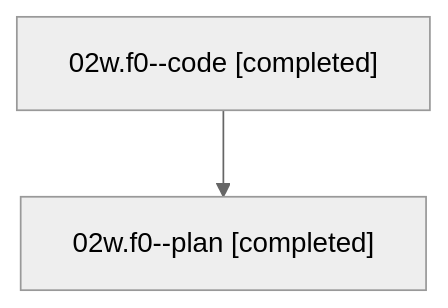
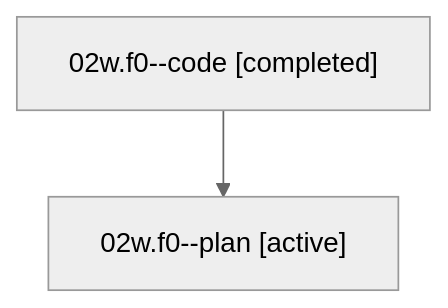
The diagram in families/bbugyi200.athena.02w.f0.md (sase-org/sase--agents), drawn with Mermaid (neutral theme) before and after one commit. The commit also changed other lines of this file and 35830 other files, not shown here.

````diff
--- a/families/bbugyi200.athena.02w.f0.md
+++ b/families/bbugyi200.athena.02w.f0.md
@@ -9,6 +9,6 @@
 ```mermaid
 flowchart TD
   n0["02w.f0--code [completed]"]
-  n1["02w.f0--plan [completed]"]
+  n1["02w.f0--plan [active]"]
   n0 --> n1
 ```
````
